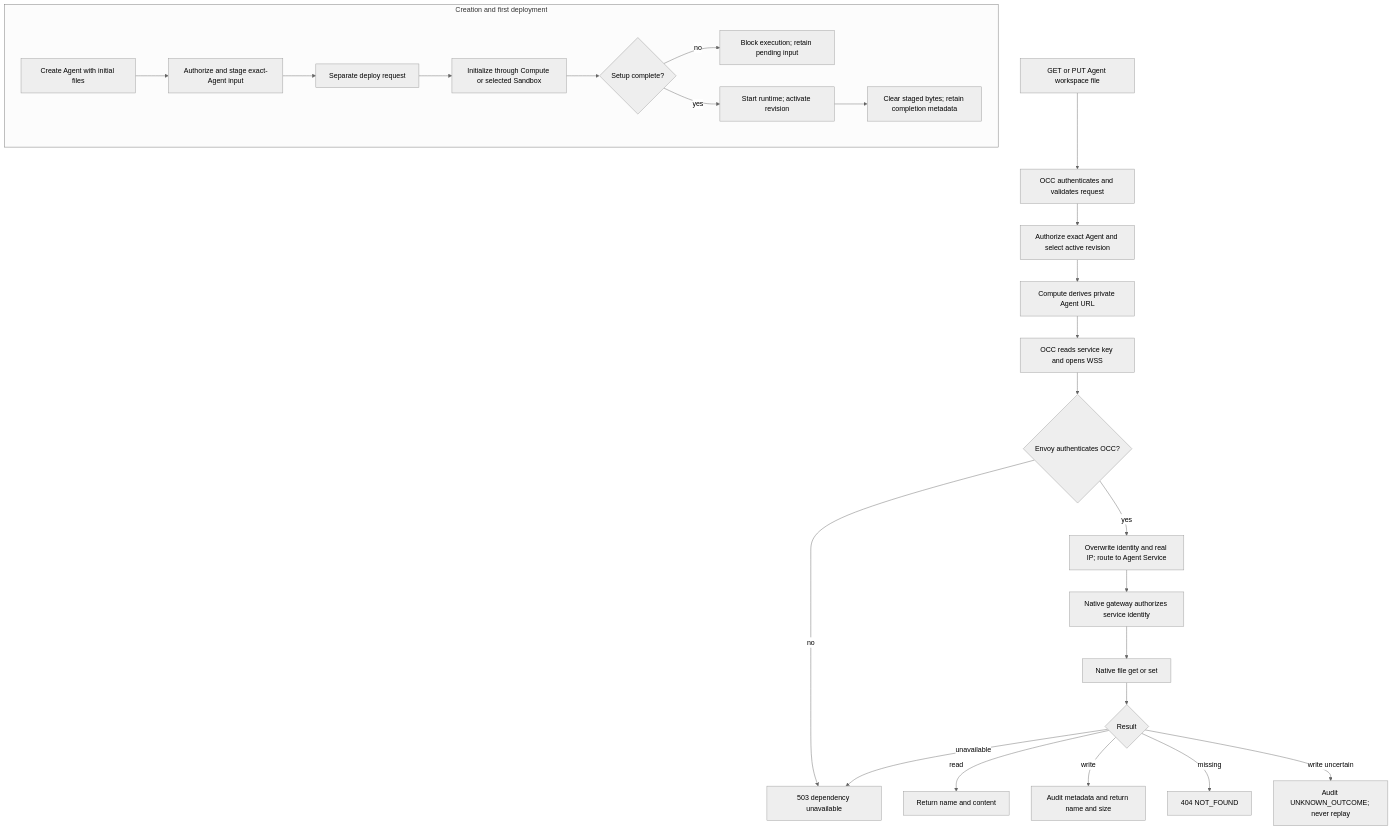
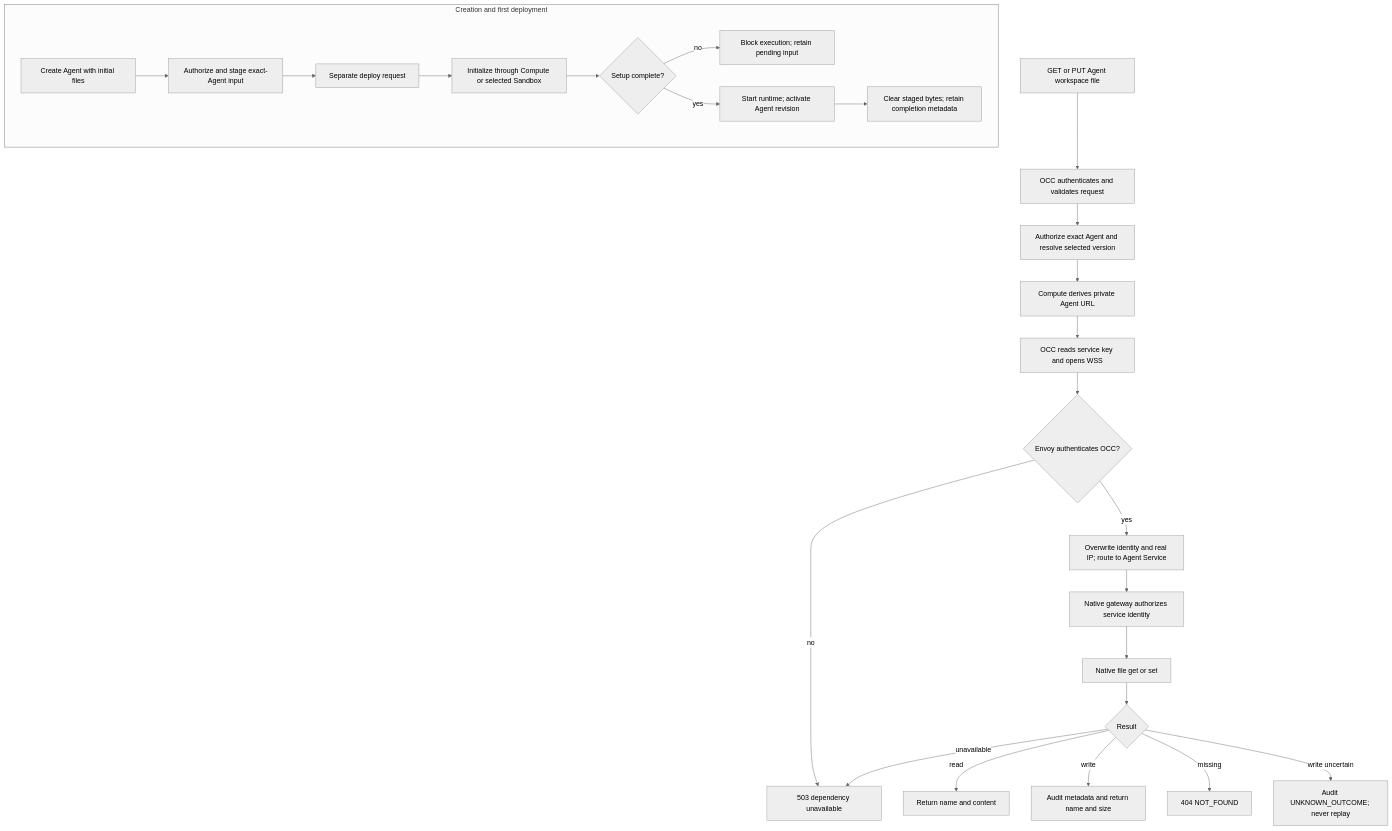
The diagram in docs/flows/workspace-files.md (openclaw/openclaw-enterprise), drawn with Mermaid (neutral theme) before and after one commit. The commit also changed other lines of this file and 198 other files, not shown here.

````diff
--- a/docs/flows/workspace-files.md
+++ b/docs/flows/workspace-files.md
@@ -39,27 +39,27 @@
 ```mermaid
 graph TD
   subgraph Initial["Creation and first deployment"]
     S["Create Agent with initial files"] --> T["Authorize and stage exact-Agent input"]
     T --> U["Separate deploy request"]
     U --> V["Initialize through Compute or selected Sandbox"]
     V --> W{"Setup complete?"}
     W -->|no| X["Block execution; retain pending input"]
-    W -->|yes| Y["Start runtime; activate revision"]
+    W -->|yes| Y["Start runtime; activate Agent revision"]
     Y --> Z["Clear staged bytes; retain completion metadata"]
   end
   A["GET or PUT Agent workspace file"] --> B["OCC authenticates and validates request"]
-  B --> C["Authorize exact Agent and select active revision"]
+  B --> C["Authorize exact Agent and resolve selected version"]
   C --> D["Compute derives private Agent URL"]
   D --> E["OCC reads service key and opens WSS"]
   E --> F{"Envoy authenticates OCC?"}
   F -->|no| G["503 dependency unavailable"]
   F -->|yes| H["Overwrite identity and real IP; route to Agent Service"]
   H --> I["Native gateway authorizes service identity"]
   I --> J["Native file get or set"]
   J --> K{"Result"}
   K -->|read| L["Return name and content"]
   K -->|write| M["Audit metadata and return name and size"]
   K -->|missing| N["404 NOT_FOUND"]
   K -->|unavailable| G
   K -->|write uncertain| O["Audit UNKNOWN_OUTCOME; never replay"]
 ```
````
